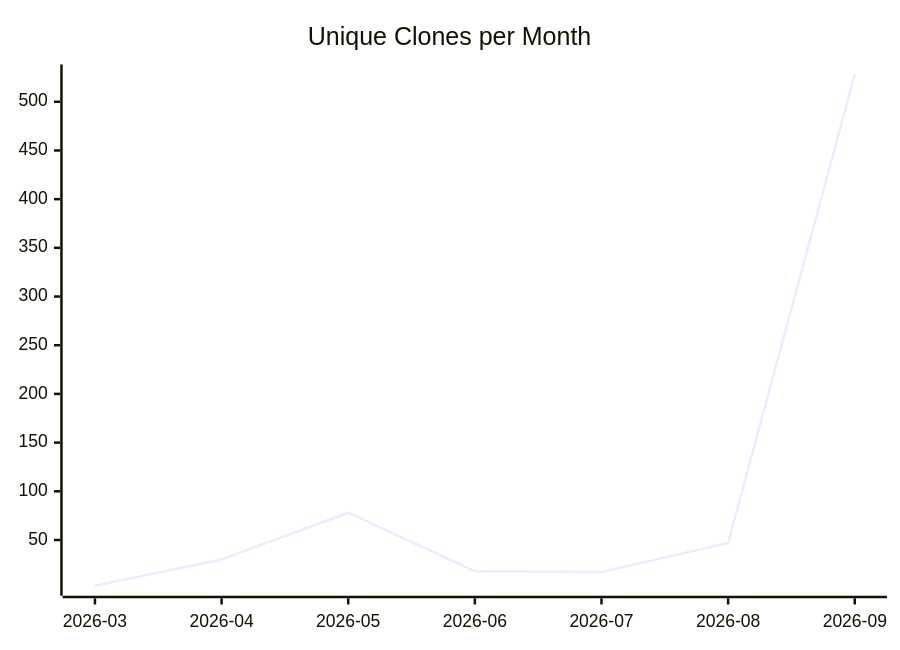
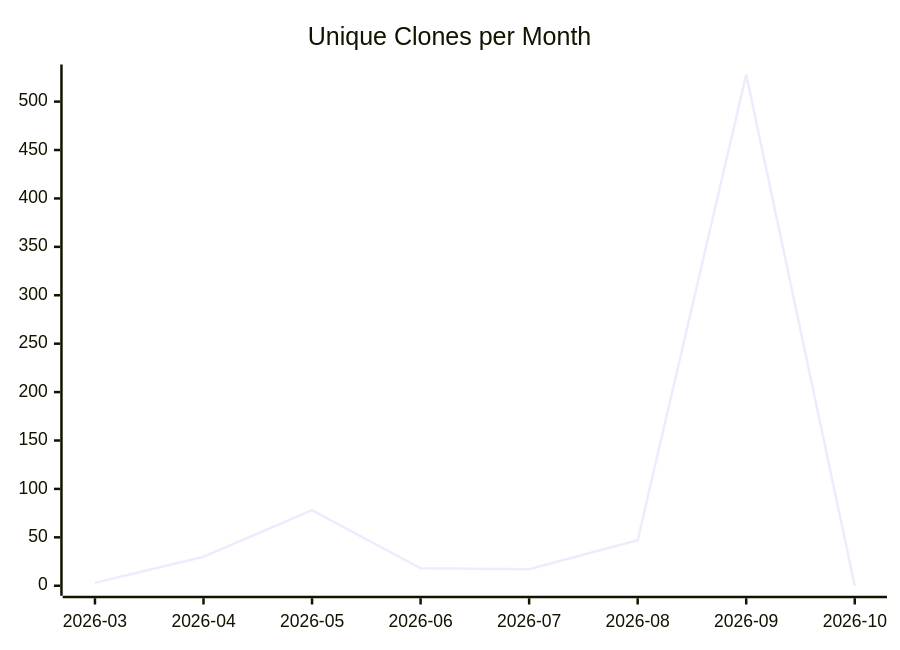
Before and after one commit to justdavis-family/github-analytics-data: the third of 3 diagrams in karlmdavis/justdavis-ansible/README.md, drawn with Mermaid. The commit also changed other lines of this file and 202 other files, not shown here.

````diff
--- a/karlmdavis/justdavis-ansible/README.md
+++ b/karlmdavis/justdavis-ansible/README.md
@@ -19,6 +19,6 @@
 ```mermaid
 xychart-beta
   title "Unique Clones per Month"
-  x-axis ["2026-03", "2026-04", "2026-05", "2026-06", "2026-07", "2026-08", "2026-09"]
-  line [3, 30, 78, 18, 17, 47, 528]
+  x-axis ["2026-03", "2026-04", "2026-05", "2026-06", "2026-07", "2026-08", "2026-09", "2026-10"]
+  line [3, 30, 78, 18, 17, 47, 528, 0]
 ```
````
